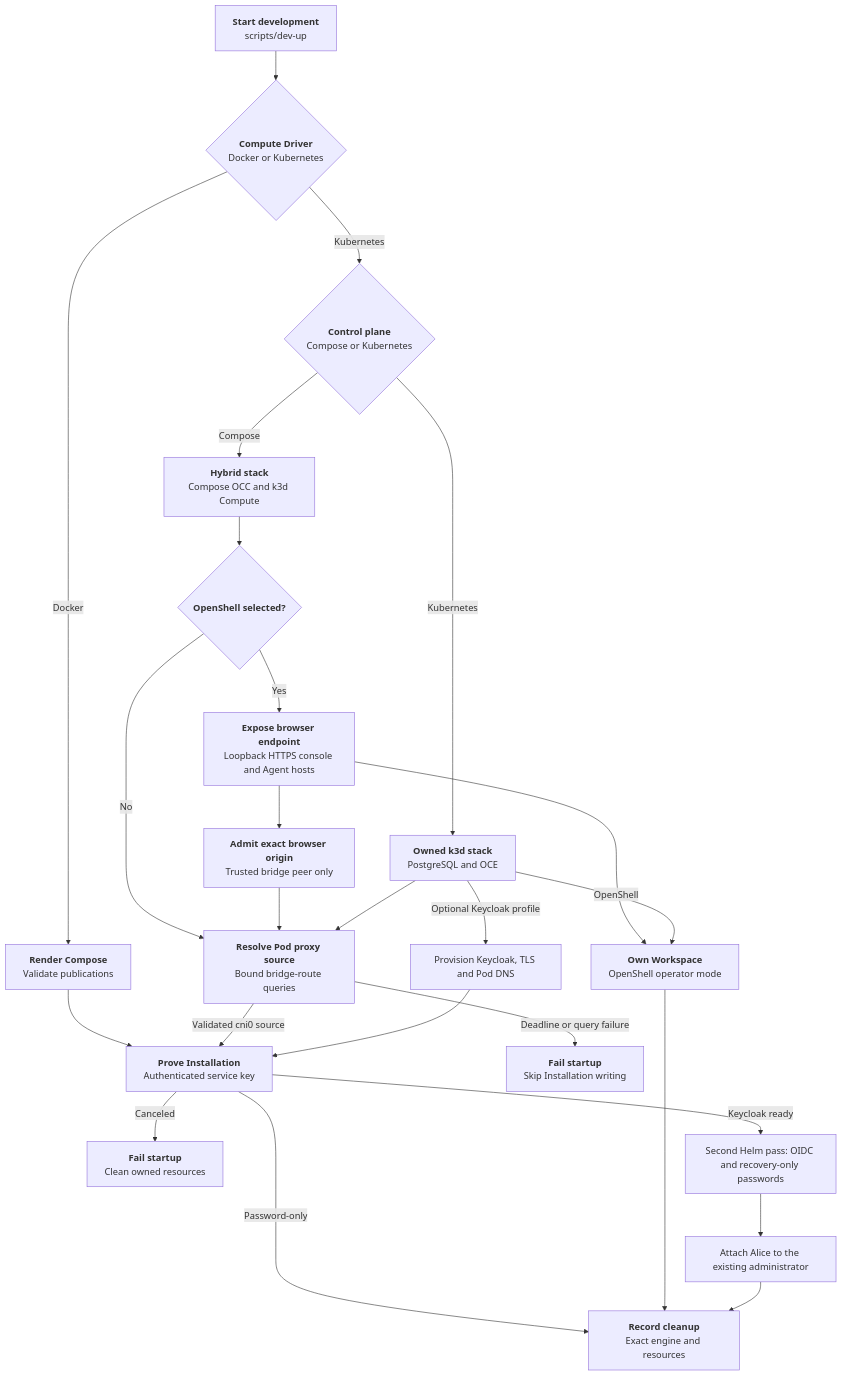
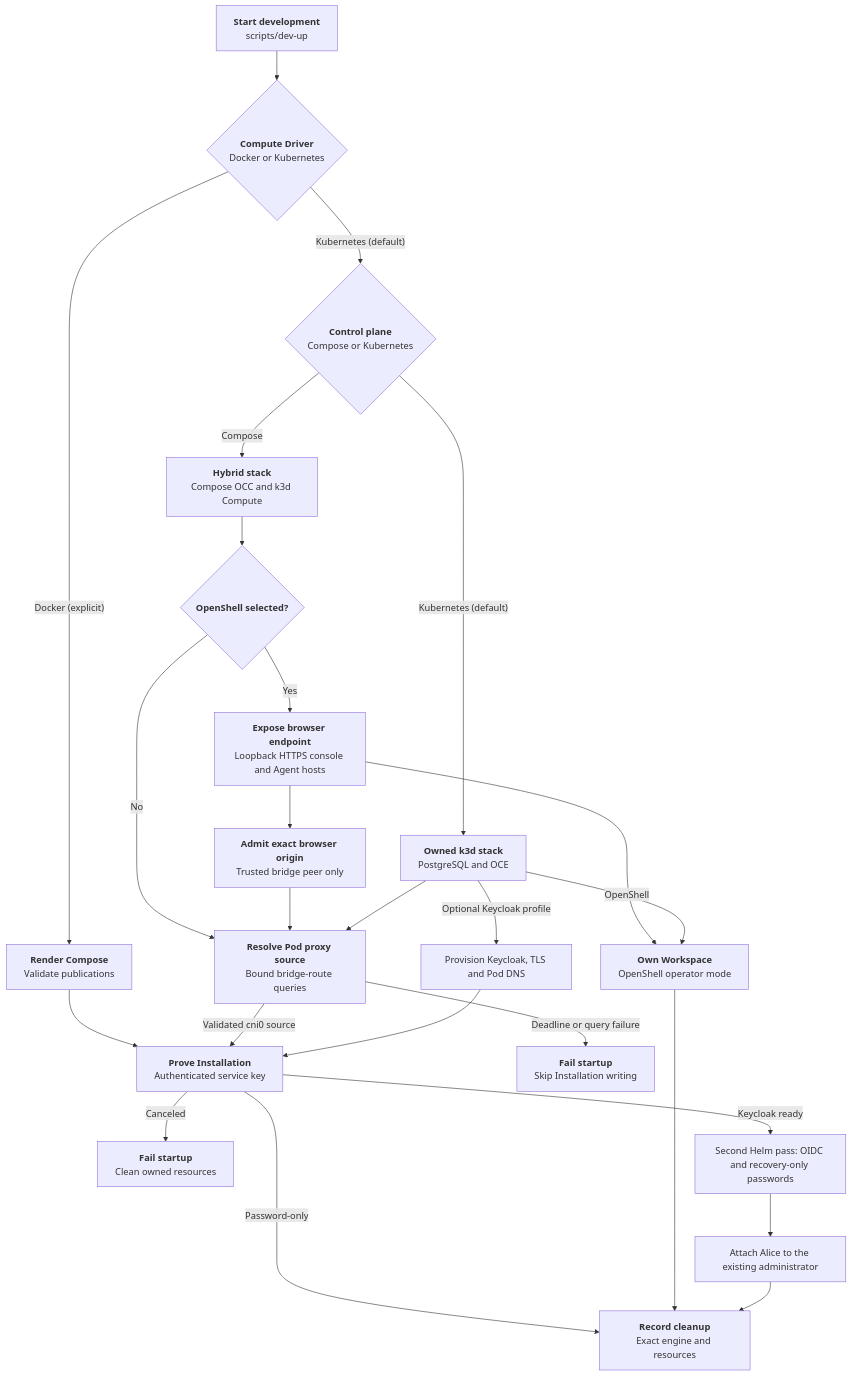
The diagram in docs/flows/docker-compose-development/startup.md (openclaw/openclaw-enterprise), drawn with Mermaid before and after one commit. The commit also changed other lines of this file and 16 other files, not shown here.

First line of the commit message:
docs: describe the Kubernetes-only default for occ dev up

````diff
--- a/docs/flows/docker-compose-development/startup.md
+++ b/docs/flows/docker-compose-development/startup.md
@@ -28,27 +30,27 @@
 ```mermaid
 graph TD
   A["<b>Start development</b><br/>scripts/dev-up"] --> B{"<b>Compute Driver</b><br/>Docker or Kubernetes"}
-  B -- "Docker" --> C["<b>Render Compose</b><br/>Validate publications"]
-  B -- "Kubernetes" --> D{"<b>Control plane</b><br/>Compose or Kubernetes"}
-  D -- "Kubernetes" --> E["<b>Owned k3d stack</b><br/>PostgreSQL and OCE"]
+  B -- "Docker (explicit)" --> C["<b>Render Compose</b><br/>Validate publications"]
+  B -- "Kubernetes (default)" --> D{"<b>Control plane</b><br/>Compose or Kubernetes"}
+  D -- "Kubernetes (default)" --> E["<b>Owned k3d stack</b><br/>PostgreSQL and OCE"]
   D -- "Compose" --> F["<b>Hybrid stack</b><br/>Compose OCC and k3d Compute"]
   C --> G["<b>Prove Installation</b><br/>Authenticated service key"]
   F --> F2{"<b>OpenShell selected?</b>"}
   F2 -- "No" --> R["<b>Resolve Pod proxy source</b><br/>Bound bridge-route queries"]
   F2 -- "Yes" --> F3["<b>Expose browser endpoint</b><br/>Loopback HTTPS console and Agent hosts"]
   F3 --> F4["<b>Admit exact browser origin</b><br/>Trusted bridge peer only"]
   F4 --> R
   F3 --> H["<b>Own Workspace</b><br/>OpenShell operator mode"]
   E --> R
   R -- "Validated cni0 source" --> G
   R -- "Deadline or query failure" --> X["<b>Fail startup</b><br/>Skip Installation writing"]
   E -- "OpenShell" --> H
   G -- "Password-only" --> I["<b>Record cleanup</b><br/>Exact engine and resources"]
   G -- "Canceled" --> J["<b>Fail startup</b><br/>Clean owned resources"]
   H --> I
   E -- "Optional Keycloak profile" --> K["Provision Keycloak, TLS and Pod DNS"]
   K --> G
   G -- "Keycloak ready" --> L["Second Helm pass: OIDC and recovery-only passwords"]
   L --> M["Attach Alice to the existing administrator"]
   M --> I
 ```
````
